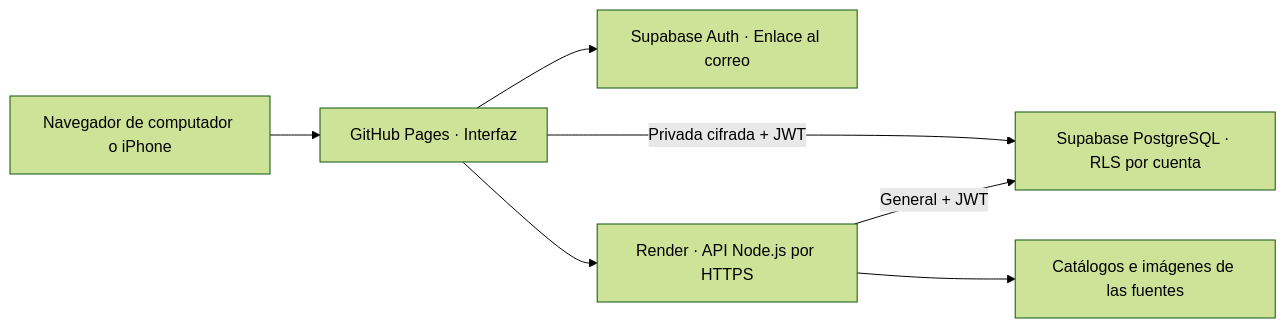
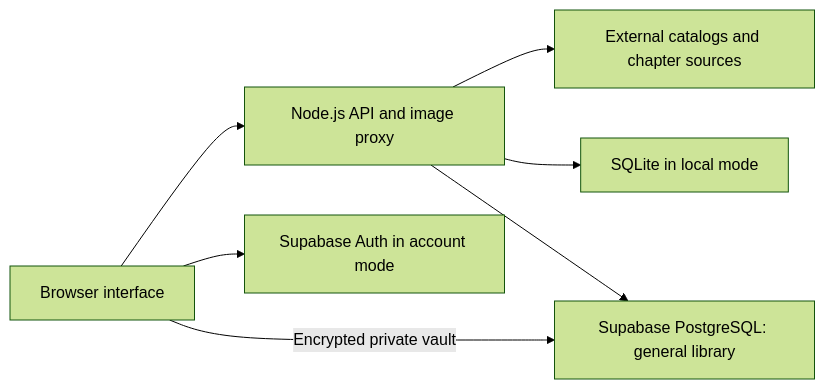
One commit to Hanyer001/lector_manga changed the diagram in README.md. Above: the diagram before and after it, drawn with Mermaid (forest theme). The commit also changed other lines of this file and 1 other file, not shown here.

````diff
--- a/README.md
+++ b/README.md
@@ -145,9 +63,9 @@
 ```mermaid
 flowchart LR
-  Reader[Navegador de computador o iPhone] --> Pages[GitHub Pages · Interfaz]
-  Pages --> Auth[Supabase Auth · Enlace al correo]
-  Pages --> API[Render · API Node.js por HTTPS]
-  Pages -->|Privada cifrada + JWT| DB[Supabase PostgreSQL · RLS por cuenta]
-  API -->|General + JWT| DB
-  API --> Sources[Catálogos e imágenes de las fuentes]
+  Browser[Browser interface] --> API[Node.js API and image proxy]
+  API --> Sources[External catalogs and chapter sources]
+  API --> Local[SQLite in local mode]
+  Browser --> Auth[Supabase Auth in account mode]
+  API --> Cloud[Supabase PostgreSQL: general library]
+  Browser -->|Encrypted private vault| Cloud
 ```
````
